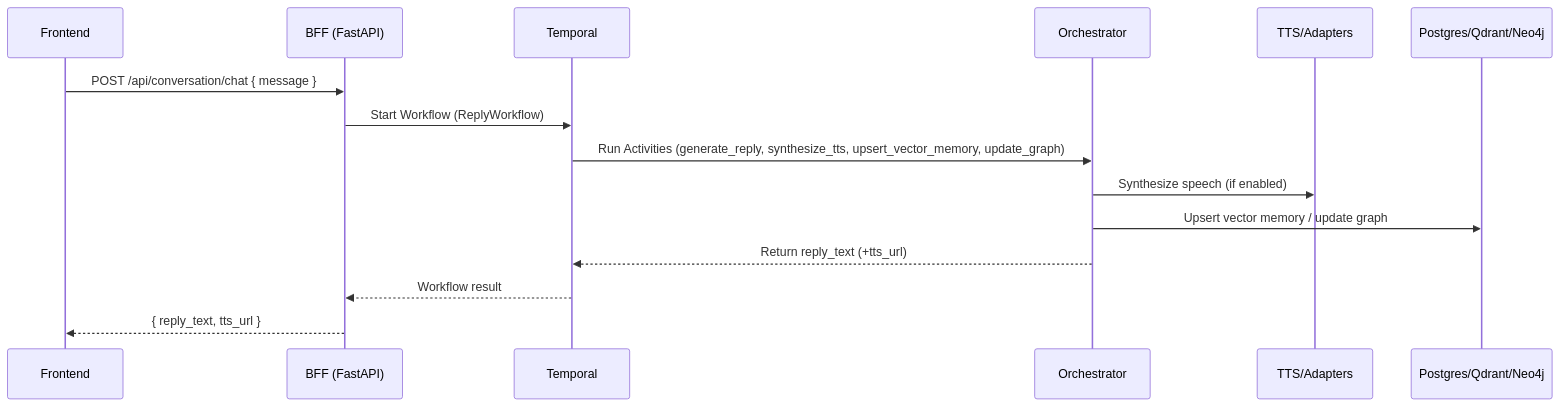
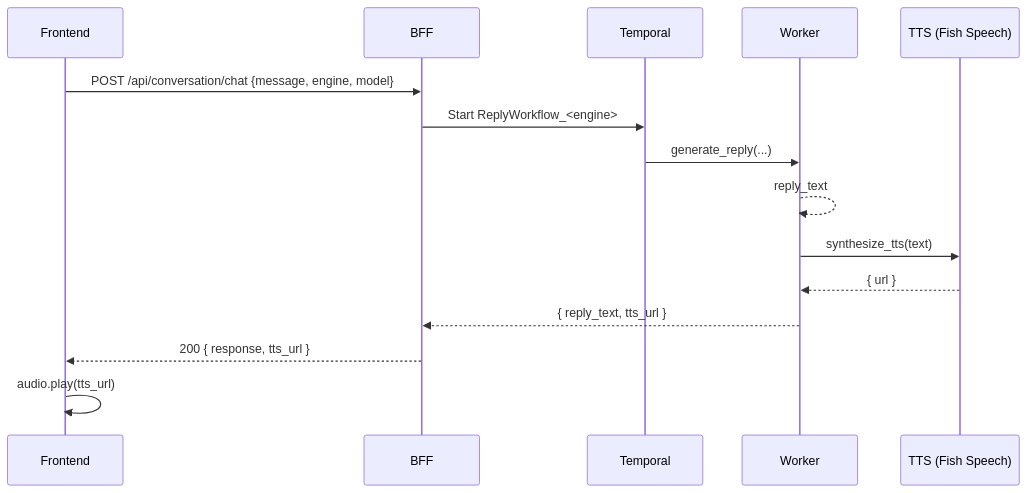
The eighth of 11 diagrams in docs/DATAFLOW.md (SweetingTech/SwAIvyn), drawn with Mermaid before and after one commit. The commit also changed other lines of this file and 17 other files, not shown here.

````diff
--- a/docs/DATAFLOW.md
+++ b/docs/DATAFLOW.md
@@ -46,18 +215,18 @@
 ```mermaid
 sequenceDiagram
-  participant UI as Frontend
-  participant BFF as BFF (FastAPI)
-  participant TMP as Temporal
-  participant ORC as Orchestrator
-  participant TTS as TTS/Adapters
-  participant DB as Postgres/Qdrant/Neo4j
+  participant FE as Frontend
+  participant B as BFF
+  participant T as Temporal
+  participant W as Worker
+  participant S as TTS (Fish Speech)
 
-  UI->>BFF: POST /api/conversation/chat { message }
-  BFF->>TMP: Start Workflow (ReplyWorkflow)
-  TMP->>ORC: Run Activities (generate_reply, synthesize_tts, upsert_vector_memory, update_graph)
-  ORC->>TTS: Synthesize speech (if enabled)
-  ORC->>DB: Upsert vector memory / update graph
-  ORC-->>TMP: Return reply_text (+tts_url)
-  TMP-->>BFF: Workflow result
-  BFF-->>UI: { reply_text, tts_url }
+  FE->>B: POST /api/conversation/chat {message, engine, model}
+  B->>T: Start ReplyWorkflow_<engine>
+  T->>W: generate_reply(...)
+  W-->>W: reply_text
+  W->>S: synthesize_tts(text)
+  S-->>W: { url }
+  W-->>B: { reply_text, tts_url }
+  B-->>FE: 200 { response, tts_url }
+  FE->>FE: audio.play(tts_url)
 ```
````
